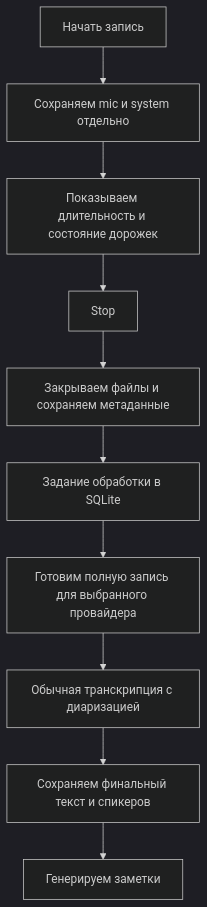
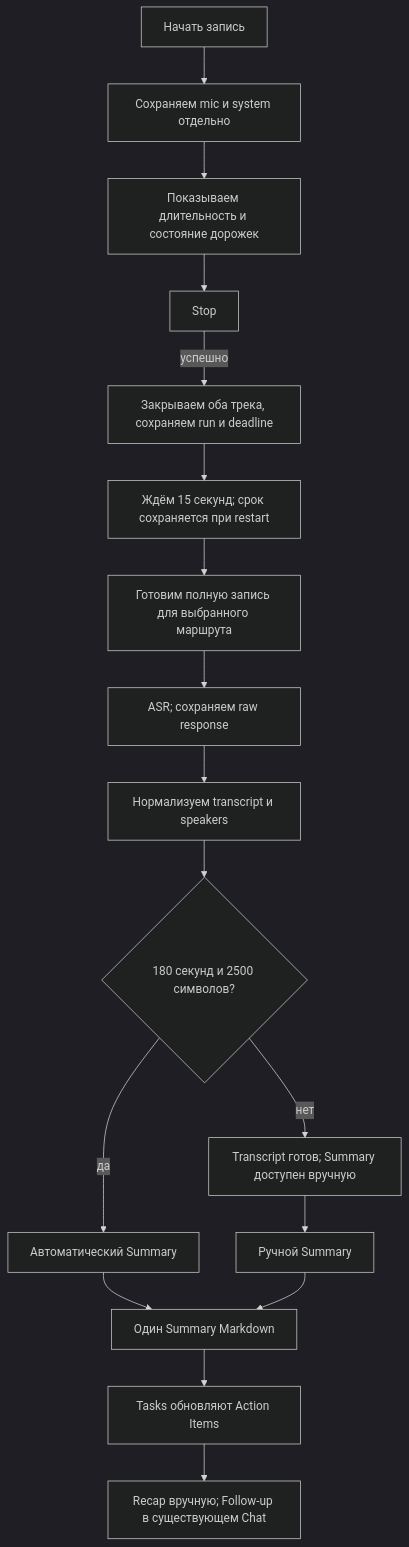
Before and after one commit to timurkhakhalev/gristmill: the diagram in docs/record-then-process.md, drawn with Mermaid (dark theme). The commit also changed other lines of this file and 6 other files, not shown here.

````diff
--- a/docs/record-then-process.md
+++ b/docs/record-then-process.md
@@ -27,12 +29,19 @@
 ```mermaid
 flowchart TD
     A[Начать запись] --> B[Сохраняем mic и system отдельно]
     B --> C[Показываем длительность и состояние дорожек]
     C --> D[Stop]
-    D --> E[Закрываем файлы и сохраняем метаданные]
-    E --> F[Задание обработки в SQLite]
-    F --> G[Готовим полную запись для выбранного провайдера]
-    G --> H[Обычная транскрипция с диаризацией]
-    H --> I[Сохраняем финальный текст и спикеров]
-    I --> J[Генерируем заметки]
+    D -->|успешно| E[Закрываем оба трека, сохраняем run и deadline]
+    E --> F[Ждём 15 секунд; срок сохраняется при restart]
+    F --> G[Готовим полную запись для выбранного маршрута]
+    G --> H[ASR; сохраняем raw response]
+    H --> I[Нормализуем transcript и speakers]
+    I --> J{180 секунд и 2500 символов?}
+    J -->|да| K[Автоматический Summary]
+    J -->|нет| L[Transcript готов; Summary доступен вручную]
+    L --> M[Ручной Summary]
+    K --> N[Один Summary Markdown]
+    M --> N
+    N --> O[Tasks обновляют Action Items]
+    O --> P[Recap вручную; Follow-up в существующем Chat]
 ```
````
